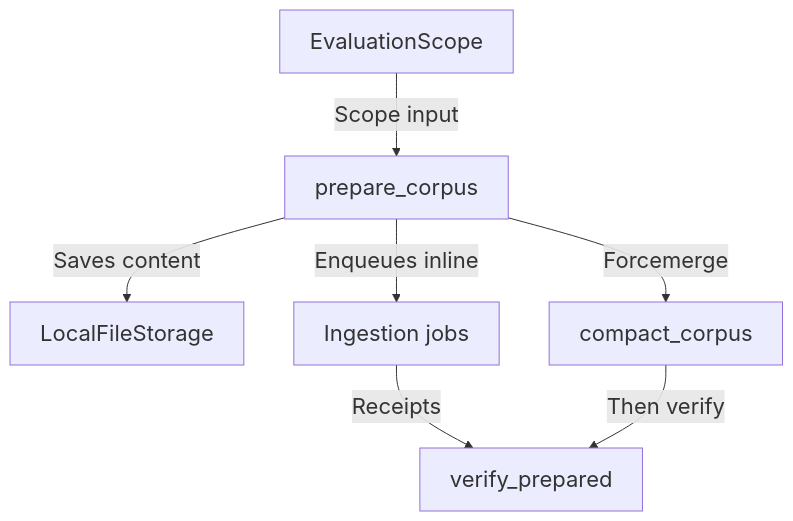
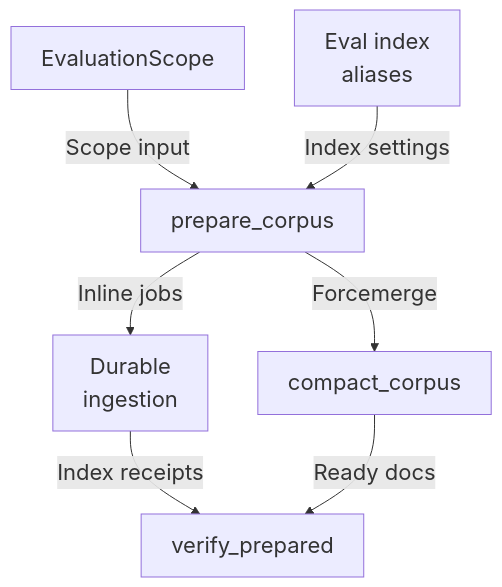
One commit to Justin-Mendoza/Afterclass changed the second of 5 diagrams in maps/evaluation/README.md. Above: the diagram before and after it, drawn with Mermaid. The commit also changed other lines of this file and 83 other files, not shown here.

````diff
--- a/maps/evaluation/README.md
+++ b/maps/evaluation/README.md
@@ -123,16 +82,16 @@
 ```mermaid
 %%{init: {"themeVariables": {"fontSize": "22px"}}}%%
 flowchart TD
   n0["EvaluationScope"]
-  n1["prepare_corpus"]
-  n2["LocalFileStorage"]
-  n3["Ingestion jobs"]
-  n4["verify_prepared"]
-  n5["compact_corpus"]
-  n0 -->|"Scope input"| n1
-  n1 -->|"Saves content"| n2
-  n1 -->|"Enqueues inline"| n3
-  n3 -->|"Receipts"| n4
-  n1 -->|"Forcemerge"| n5
-  n5 -->|"Then verify"| n4
+  n1["Eval index<br/>aliases"]
+  n2["prepare_corpus"]
+  n3["Durable<br/>ingestion"]
+  n4["compact_corpus"]
+  n5["verify_prepared"]
+  n0 -->|"Scope input"| n2
+  n1 -->|"Index settings"| n2
+  n2 -->|"Inline jobs"| n3
+  n2 -->|"Forcemerge"| n4
+  n3 -->|"Index receipts"| n5
+  n4 -->|"Ready docs"| n5
 ```
````
